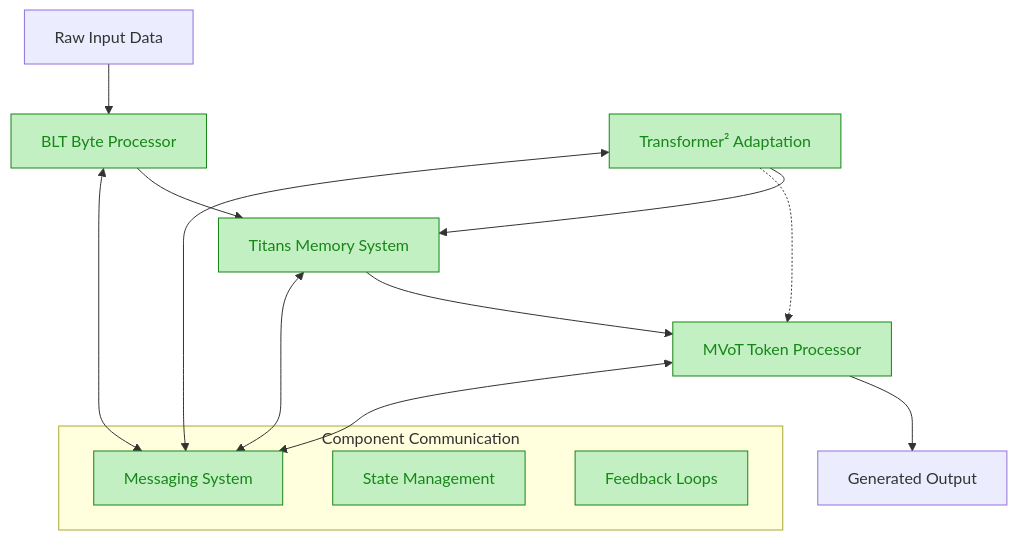
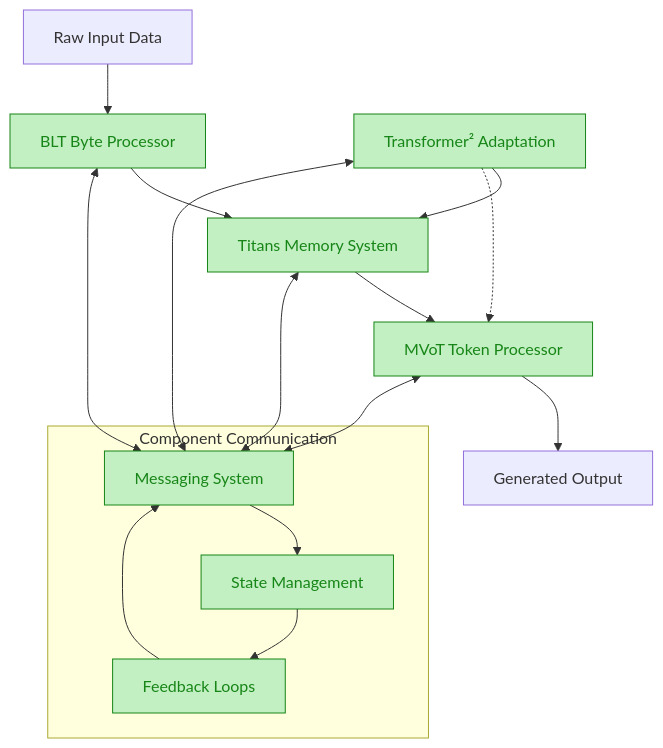
One commit to idlandes04/Project-NEAT changed the first of 4 diagrams in README.md. Above: the diagram before and after it, drawn with Mermaid. The commit also changed other lines of this file, not shown here.

Commit message:
Update README.md 3

````diff
--- a/README.md
+++ b/README.md
@@ -36,26 +36,26 @@
 ```mermaid
 graph TD
     Input[Raw Input Data] --> BLT[BLT Byte Processor]
     BLT --> Titans[Titans Memory System]
     Titans --> MVoT[MVoT Token Processor]
     MVoT --> Output[Generated Output]
     T2[Transformer² Adaptation] --> Titans
     T2 -.-> MVoT
     
     subgraph "Component Communication"
-        Messaging[Messaging System]
-        State[State Management]
-        Feedback[Feedback Loops]
+        Messaging[Messaging System] --> State[State Management]
+        State[State Management] --> Feedback[Feedback Loops]
+        Feedback[Feedback Loops] --> Messaging[Messaging System]
     end
     
     Titans <--> Messaging
     MVoT <--> Messaging
     BLT <--> Messaging
     T2 <--> Messaging
     
     classDef completed fill:#c2f0c2,stroke:#178517,color:#178517
     classDef inprogress fill:#ffe6cc,stroke:#d79b00,color:#d79b00
     classDef upcoming fill:#f5f5f5,stroke:#666,color:#666
     
     class BLT,Titans,MVoT,T2,Messaging,State,Feedback completed
 ```
````
